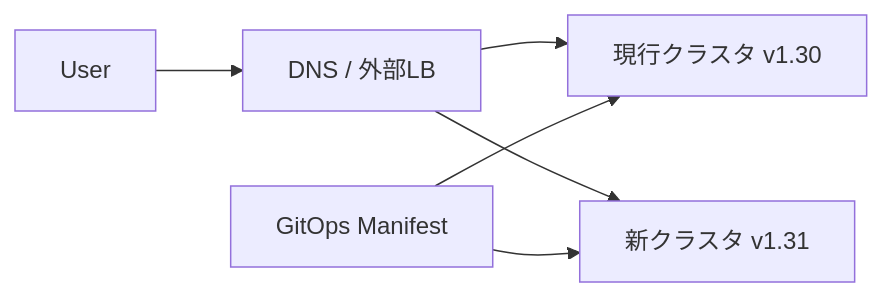
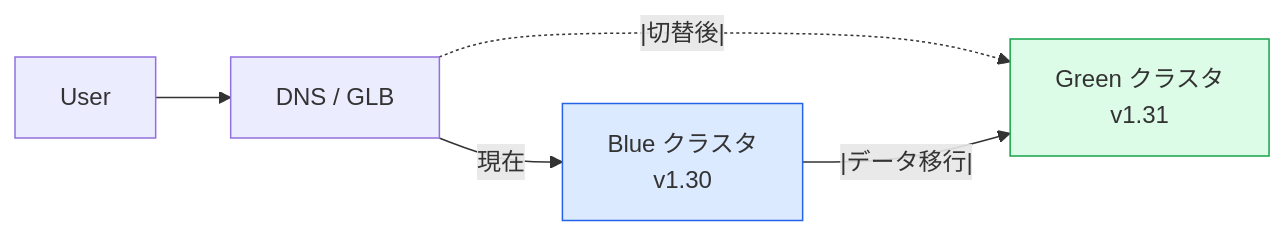
The fifth of 6 diagrams in docs/11-sre/upgrade.md (swallowsaba/introduction-k8s), drawn with Mermaid before and after one commit. The commit also changed other lines of this file and 5 other files, not shown here.

````diff
--- a/docs/11-sre/upgrade.md
+++ b/docs/11-sre/upgrade.md
@@ -127,8 +920,11 @@
 ```mermaid
 flowchart LR
-    user[User] --> dns[DNS / 外部LB]
-    dns --> blue[現行クラスタ v1.30]
-    dns --> green[新クラスタ v1.31]
-    git[GitOps Manifest] --> blue
-    git --> green
+    user[User]
+    user --> dns[DNS / GLB]
+    dns -->|現在| blue[Blue クラスタ<br>v1.30]
+    dns -.|切替後|.-> green[Green クラスタ<br>v1.31]
+    blue --|データ移行|--> green
+
+    style blue fill:#dbeafe,stroke:#2563eb
+    style green fill:#dcfce7,stroke:#16a34a
 ```
````
